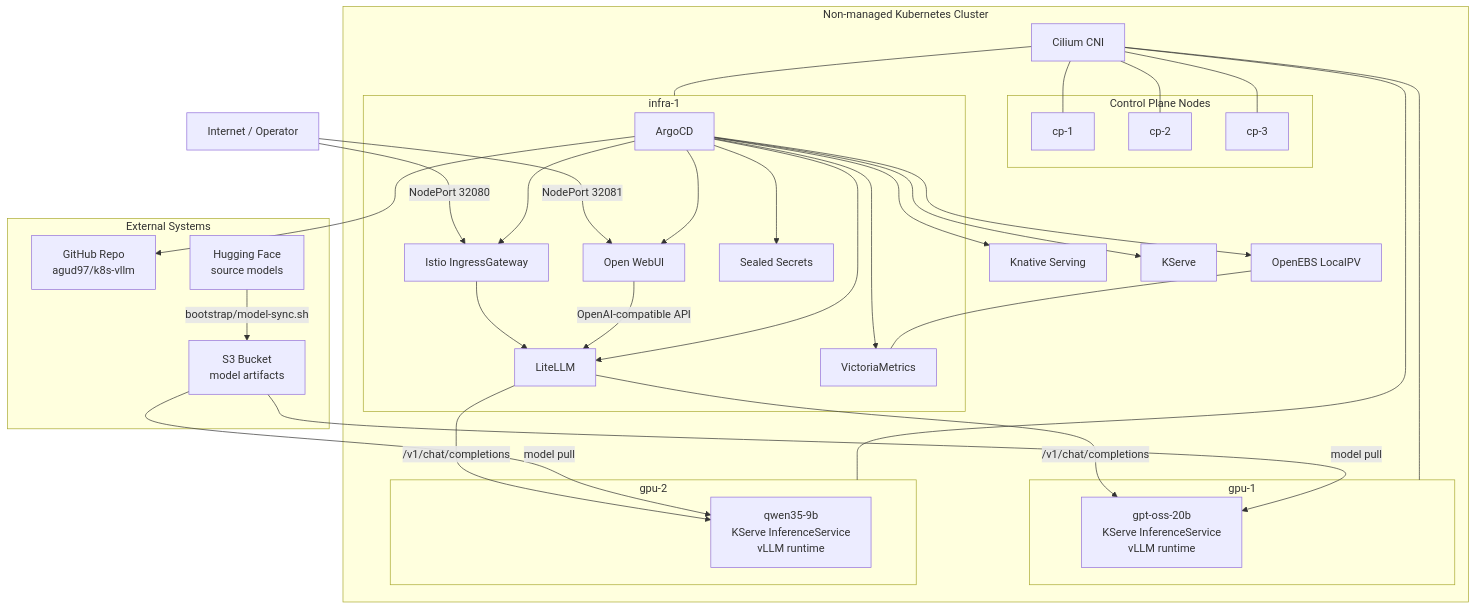
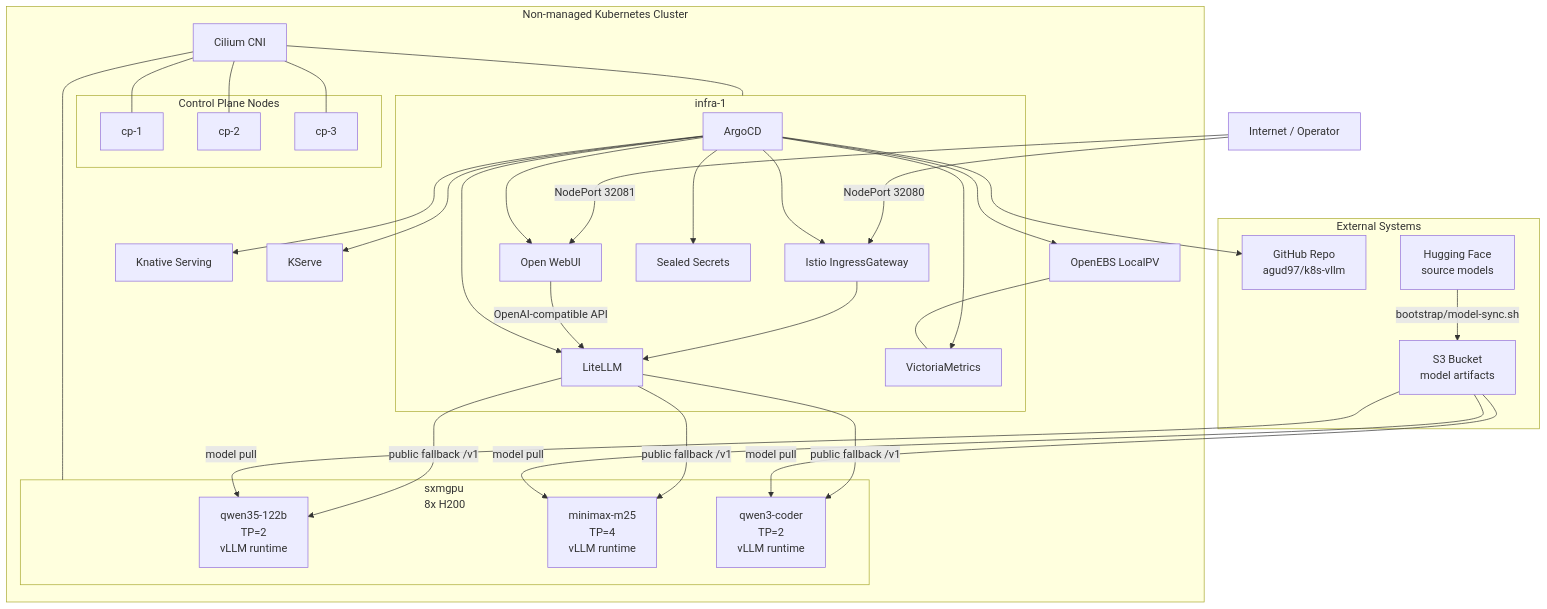
The diagram in docs/architecture.md (agud97/k8s-vllm), drawn with Mermaid before and after one commit. The commit also changed other lines of this file and 24 other files, not shown here.

````diff
--- a/docs/architecture.md
+++ b/docs/architecture.md
@@ -5,69 +5,68 @@
 ```mermaid
 flowchart TB
   internet[Internet / Operator]
 
   subgraph cluster[Non-managed Kubernetes Cluster]
     subgraph cp[Control Plane Nodes]
       cp1[cp-1]
       cp2[cp-2]
       cp3[cp-3]
     end
 
     subgraph infra[infra-1]
       argocd[ArgoCD]
       istio[Istio IngressGateway]
       litellm[LiteLLM]
       openwebui[Open WebUI]
       sealed[Sealed Secrets]
       vm[VictoriaMetrics]
     end
 
-    subgraph gpu1[gpu-1]
-      gptoss[gpt-oss-20b\nKServe InferenceService\nvLLM runtime]
-    end
-
-    subgraph gpu2[gpu-2]
-      qwen[qwen35-9b\nKServe InferenceService\nvLLM runtime]
+    subgraph sxm[sxmgpu\n8x H200]
+      qwen122[qwen35-122b\nTP=2\nvLLM runtime]
+      minimax[minimax-m25\nTP=4\nvLLM runtime]
+      coder[qwen3-coder\nTP=2\nvLLM runtime]
     end
 
     knative[Knative Serving]
     kserve[KServe]
     cilium[Cilium CNI]
     openebs[OpenEBS LocalPV]
   end
 
   subgraph external[External Systems]
     github[GitHub Repo\nagud97/k8s-vllm]
     s3[S3 Bucket\nmodel artifacts]
     hf[Hugging Face\nsource models]
   end
 
   internet -->|NodePort 32081| openwebui
   internet -->|NodePort 32080| istio
   istio --> litellm
   openwebui -->|OpenAI-compatible API| litellm
-  litellm -->|/v1/chat/completions| gptoss
-  litellm -->|/v1/chat/completions| qwen
+  litellm -->|public fallback /v1| qwen122
+  litellm -->|public fallback /v1| minimax
+  litellm -->|public fallback /v1| coder
 
   argocd --> github
   argocd --> istio
   argocd --> knative
   argocd --> kserve
   argocd --> litellm
   argocd --> openwebui
   argocd --> vm
   argocd --> openebs
   argocd --> sealed
 
   hf -->|bootstrap/model-sync.sh| s3
-  s3 -->|model pull| gptoss
-  s3 -->|model pull| qwen
+  s3 -->|model pull| qwen122
+  s3 -->|model pull| minimax
+  s3 -->|model pull| coder
 
   cilium --- cp1
   cilium --- cp2
   cilium --- cp3
   cilium --- infra
-  cilium --- gpu1
-  cilium --- gpu2
+  cilium --- sxm
   openebs --- vm
 ```
````
